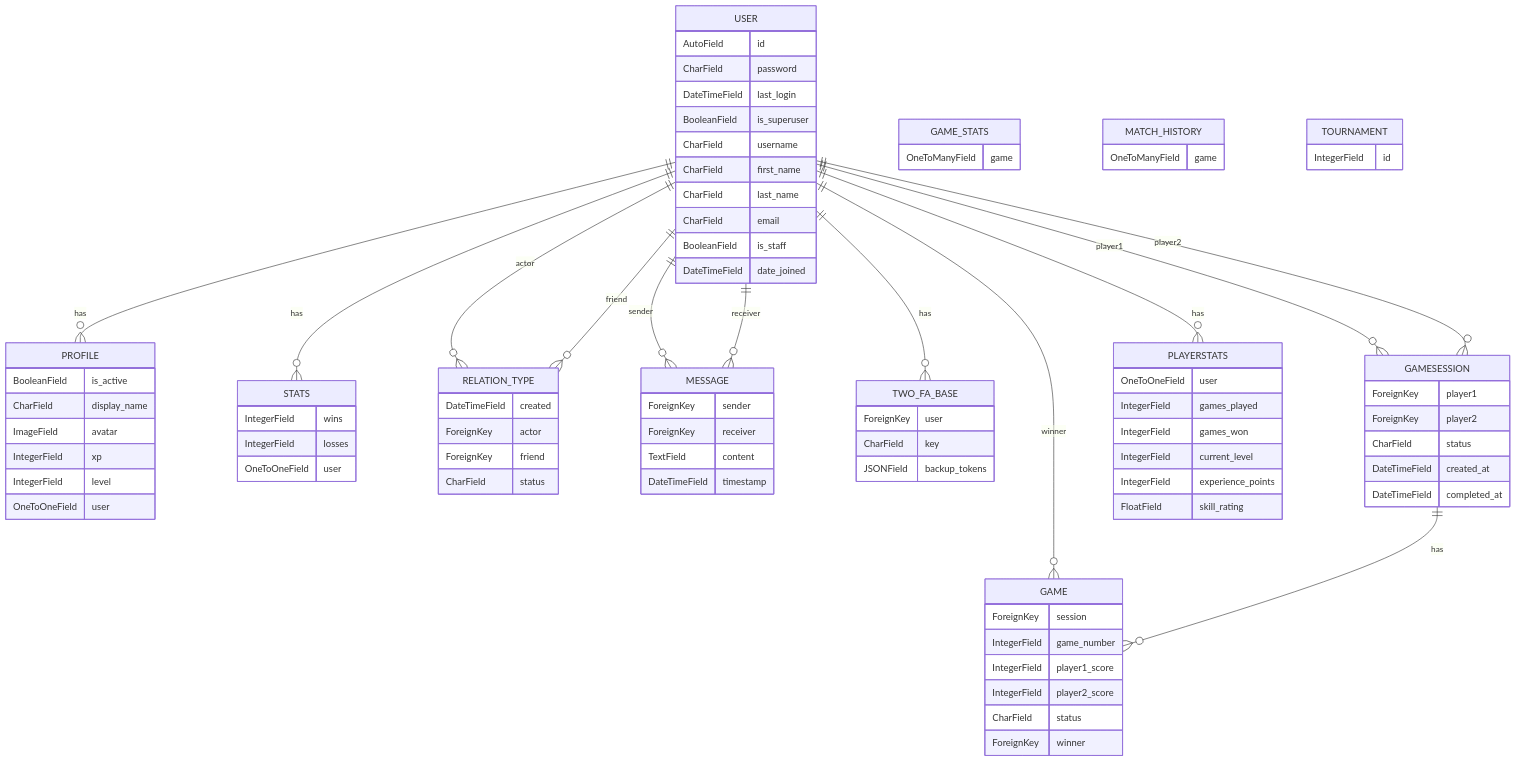
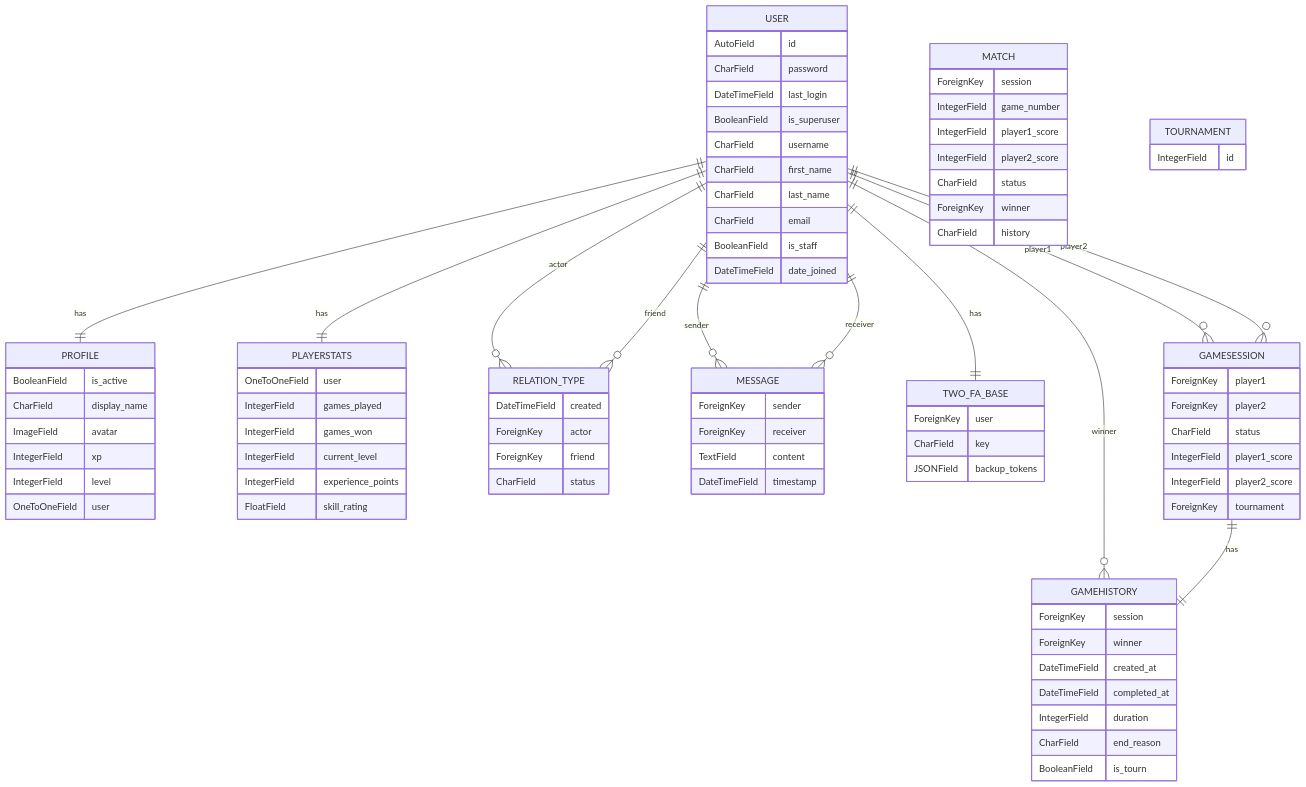
The diagram in README.md (oumaima-aarabe/ft_transcendence), drawn with Mermaid before and after one commit.

Commit message:
chore: Update ERD diagram to reflect changes in game models

`````diff
--- a/README.md
+++ b/README.md
@@ -72,105 +72,103 @@
-```mermaid
+```` mermaid
 
-erDiagram
-    USER {
-        AutoField id
-        CharField password
-        DateTimeField last_login
-        BooleanField is_superuser
-        CharField username
-        CharField first_name
-        CharField last_name
-        CharField email
-        BooleanField is_staff
-        DateTimeField date_joined
-    }
-    
-    PROFILE {
-        BooleanField is_active
-        CharField display_name
-        ImageField avatar
-        IntegerField xp
-        IntegerField level
-        OneToOneField user
-    }
+  erDiagram
+      USER {
+          AutoField id
+          CharField password
+          DateTimeField last_login
+          BooleanField is_superuser
+          CharField username
+          CharField first_name
+          CharField last_name
+          CharField email
+          BooleanField is_staff
+          DateTimeField date_joined
+      }
+      
+      PROFILE {
+          BooleanField is_active
+          CharField display_name
+          ImageField avatar
+          IntegerField xp
+          IntegerField level
+          OneToOneField user
+      }
 
-    STATS {
-        IntegerField wins
-        IntegerField losses
-        OneToOneField user
-    }
+      PLAYERSTATS {
+          OneToOneField user
+          IntegerField games_played
+          IntegerField games_won
+          IntegerField current_level
+          IntegerField experience_points
+          FloatField skill_rating
+      }
 
-    RELATION_TYPE {
-        DateTimeField created
-        ForeignKey actor
-        ForeignKey friend
-        CharField status
-    }
+      RELATION_TYPE {
+          DateTimeField created
+          ForeignKey actor
+          ForeignKey friend
+          CharField status
+      }
 
-    MESSAGE {
-        ForeignKey sender
-        ForeignKey receiver
-        TextField content
-        DateTimeField timestamp
-    }
+      MESSAGE {
+          ForeignKey sender
+          ForeignKey receiver
+          TextField content
+          DateTimeField timestamp
+      }
 
-    TWO_FA_BASE {
-        ForeignKey user
-        CharField key
-        JSONField backup_tokens
-    }
+      TWO_FA_BASE {
+          ForeignKey user
+          CharField key
+          JSONField backup_tokens
+      }
 
-    GAME_STATS {
-        OneToManyField game
-    }
 
-    MATCH_HISTORY {
-        OneToManyField game
-    }
+      MATCH {
+          ForeignKey session
+          IntegerField game_number
+          IntegerField player1_score
+          IntegerField player2_score
+          CharField status
+          ForeignKey winner
+          CharField history
+      }
 
-    TOURNAMENT {
-        IntegerField id
-    }
+      GAMESESSION {
+          ForeignKey player1
+          ForeignKey player2
+          CharField status
+          IntegerField player1_score
+          IntegerField player2_score
+          ForeignKey tournament
+      }
 
-    GAMESESSION {
-        ForeignKey player1
-        ForeignKey player2
-        CharField status
-        DateTimeField created_at
-        DateTimeField completed_at
-    }
+      GAMEHISTORY{
+          ForeignKey session
+          ForeignKey winner
+          DateTimeField created_at
+          DateTimeField completed_at
+          IntegerField duration
+          CharField end_reason
+          BooleanField is_tourn
 
-    GAME {
-        ForeignKey session
-        IntegerField game_number
-        IntegerField player1_score
-        IntegerField player2_score
-        CharField status
-        ForeignKey winner
-    }
-
-    PLAYERSTATS {
-        OneToOneField user
-        IntegerField games_played
-        IntegerField games_won
-        IntegerField current_level
-        IntegerField experience_points
-        FloatField skill_rating
-    }
-
-    USER ||--o{ PROFILE : has
-    USER ||--o{ STATS : has
-    USER ||--o{ RELATION_TYPE : "actor"
-    USER ||--o{ RELATION_TYPE : "friend"
-    USER ||--o{ MESSAGE : "sender"
-    USER ||--o{ MESSAGE : "receiver"
-    USER ||--o{ TWO_FA_BASE : has
-    USER ||--o{ GAMESESSION : "player1"
-    USER ||--o{ GAMESESSION : "player2"
-    USER ||--o{ GAME : "winner"
-    USER ||--o{ PLAYERSTATS : has
-    GAMESESSION ||--o{ GAME : has
+      }
 
 
 
-```
+      TOURNAMENT {
+          IntegerField id
+      }
+
+      USER ||--|| PROFILE : has
+      USER ||--o{ RELATION_TYPE : "actor"
+      USER ||--o{ RELATION_TYPE : "friend"
+      USER ||--o{ MESSAGE : "sender"
+      USER ||--o{ MESSAGE : "receiver"
+      USER ||--|| TWO_FA_BASE : has
+      USER ||--o{ GAMESESSION : "player1"
+      USER ||--o{ GAMESESSION : "player2"
+      USER ||--o{ GAMEHISTORY : "winner"
+      USER ||--|| PLAYERSTATS : has
+      GAMESESSION ||--|| GAMEHISTORY : has
+````
`````
